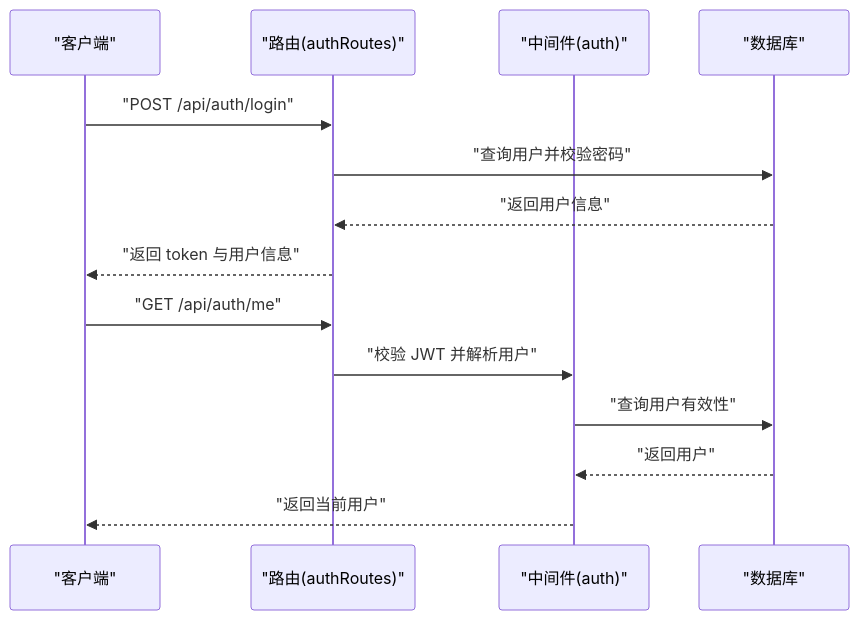
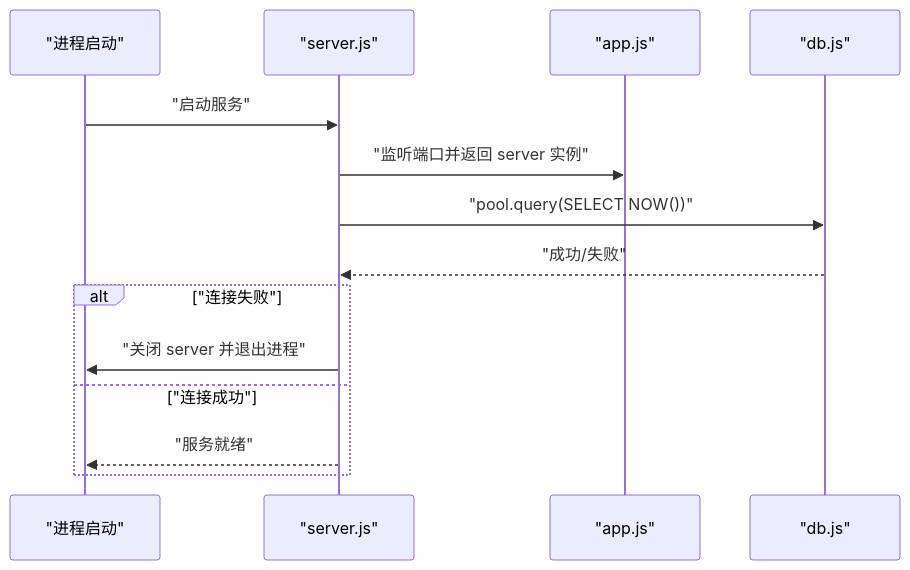
One commit to Juny09/inventory_system changed the third of 10 diagrams in .qoder/repowiki/zh/content/开发指南.md. Above: the diagram before and after it, drawn with Mermaid. The commit also changed other lines of this file and 171 other files, not shown here.

````diff
--- a/.qoder/repowiki/zh/content/开发指南.md
+++ b/.qoder/repowiki/zh/content/开发指南.md
@@ -129,16 +150,16 @@
 ```mermaid
 sequenceDiagram
-participant C as "客户端"
-participant R as "路由(authRoutes)"
-participant M as "中间件(auth)"
-participant DB as "数据库"
-C->>R : "POST /api/auth/login"
-R->>DB : "查询用户并校验密码"
-DB-->>R : "返回用户信息"
-R-->>C : "返回 token 与用户信息"
-C->>R : "GET /api/auth/me"
-R->>M : "校验 JWT 并解析用户"
-M->>DB : "查询用户有效性"
-DB-->>M : "返回用户"
-M-->>C : "返回当前用户"
+participant Boot as "进程启动"
+participant Srv as "server.js"
+participant App as "app.js"
+participant DB as "db.js"
+Boot->>Srv : "启动服务"
+Srv->>App : "监听端口并返回 server 实例"
+Srv->>DB : "pool.query(SELECT NOW())"
+DB-->>Srv : "成功/失败"
+alt "连接失败"
+Srv->>Boot : "关闭 server 并退出进程"
+else "连接成功"
+Srv-->>Boot : "服务就绪"
+end
 ```
````
